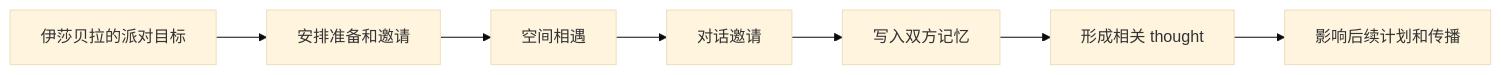
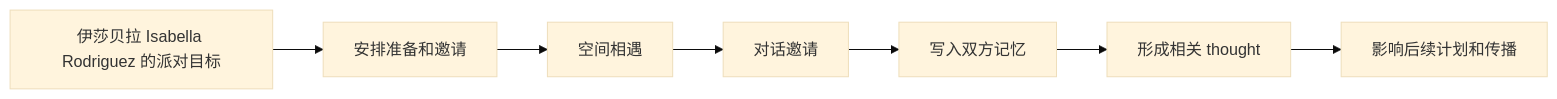
Before and after one commit to tbkken/GenerativeAgentsCN: the third of 3 diagrams in docs/book/manuscript/part_01/chapter_10.md, drawn with Mermaid (base theme). The commit also changed other lines of this file and 51 other files, not shown here.

````diff
--- a/docs/book/manuscript/part_01/chapter_10.md
+++ b/docs/book/manuscript/part_01/chapter_10.md
@@ -211,9 +211,9 @@
 ```mermaid
 flowchart LR
-    Current["伊莎贝拉的派对目标"] --> Plan["安排准备和邀请"]
+    Current["伊莎贝拉 Isabella Rodriguez 的派对目标"] --> Plan["安排准备和邀请"]
     Plan --> Meet["空间相遇"]
     Meet --> Chat["对话邀请"]
     Chat --> Memory["写入双方记忆"]
     Memory --> Reflection["形成相关 thought"]
     Reflection --> Next["影响后续计划和传播"]
 ```
````
